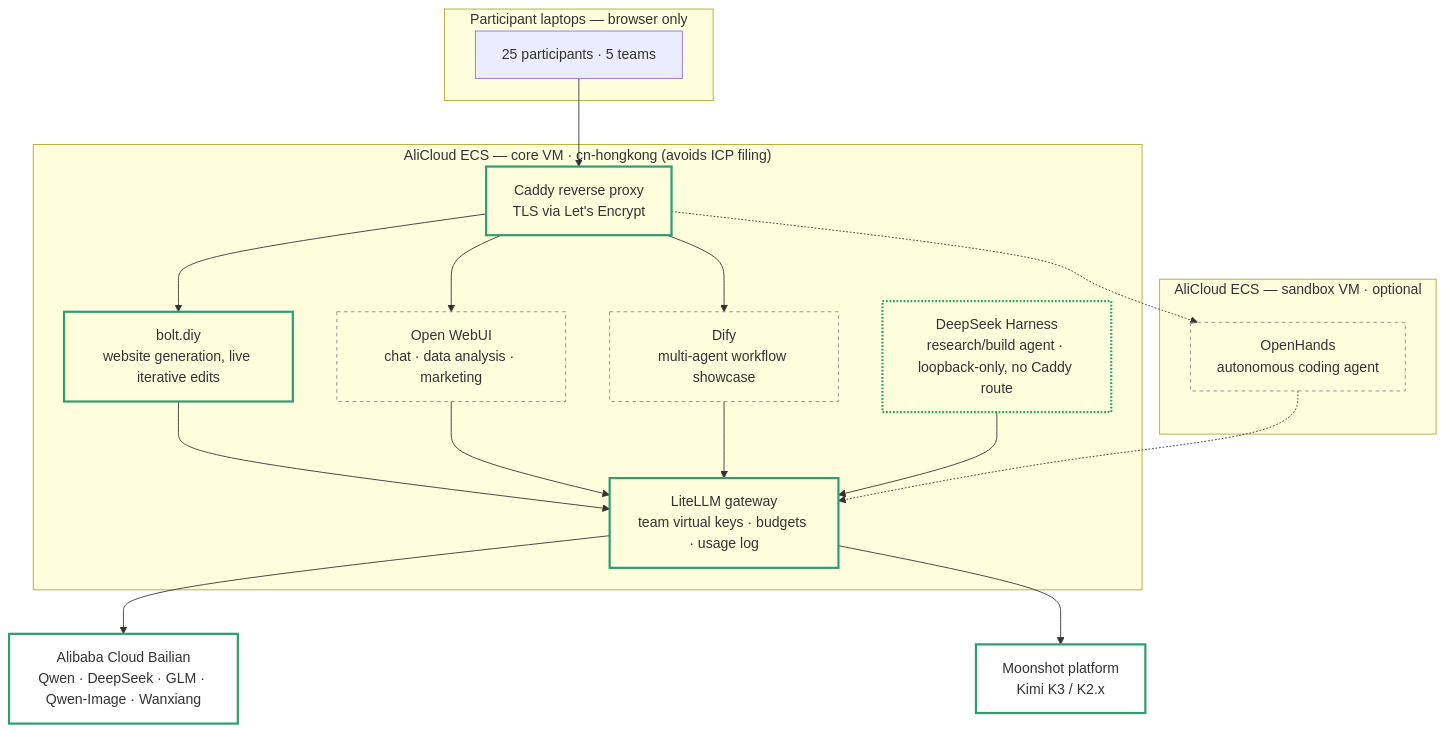
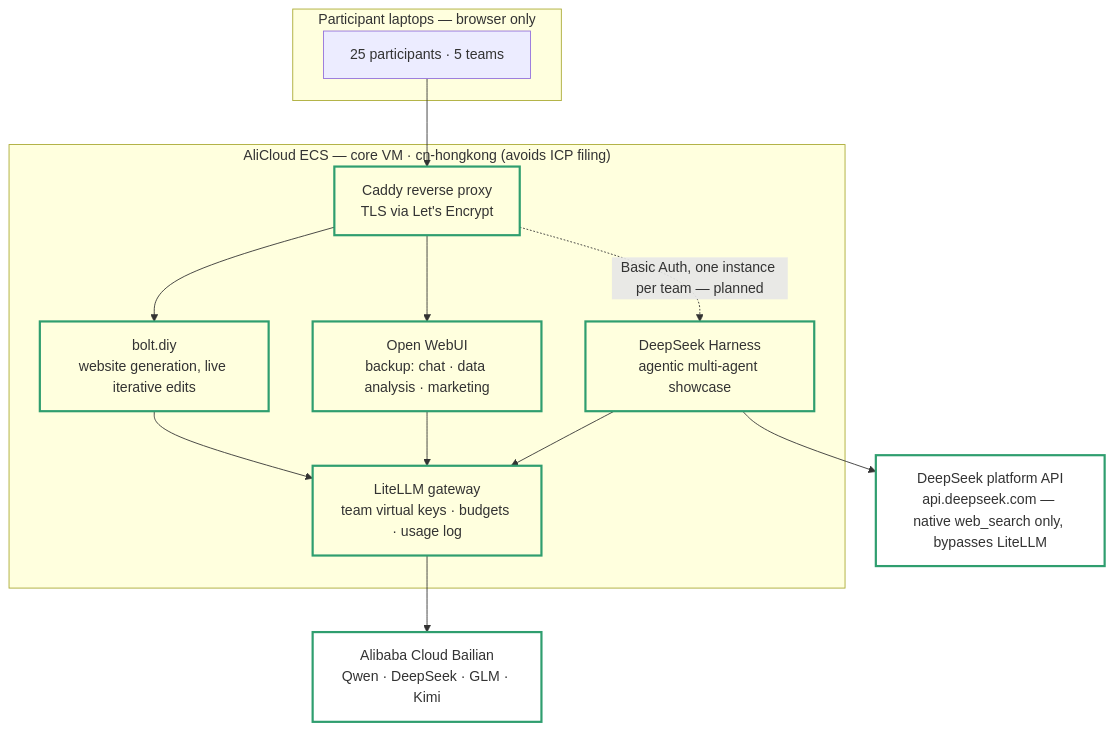
One commit to gsbn-trade/2026_09_hackathon_infra changed the first of 2 diagrams in ARCHITECTURE.md. Above: the diagram before and after it, drawn with Mermaid. The commit also changed other lines of this file and 5 other files, not shown here.

First line of the commit message:
Architecture accuracy pass: tool roster, Moonshot removal, new model set

````diff
--- a/ARCHITECTURE.md
+++ b/ARCHITECTURE.md
@@ -23,35 +24,24 @@
 ```mermaid
 flowchart TB
     subgraph Participants["Participant laptops — browser only"]
         P["25 participants · 5 teams"]
     end
 
     P --> RP["Caddy reverse proxy\nTLS via Let's Encrypt"]
 
     subgraph CoreVM["AliCloud ECS — core VM · cn-hongkong (avoids ICP filing)"]
         RP --> BD["bolt.diy\nwebsite generation, live iterative edits"]
-        RP --> OW["Open WebUI\nchat · data analysis · marketing"]
-        RP --> DY["Dify\nmulti-agent workflow showcase"]
+        RP --> OW["Open WebUI\nbackup: chat · data analysis · marketing"]
+        RP -.->|Basic Auth, one instance per team — planned| DS["DeepSeek Harness\nagentic multi-agent showcase"]
         BD --> LL["LiteLLM gateway\nteam virtual keys · budgets · usage log"]
         OW --> LL
-        DY --> LL
-        DS["DeepSeek Harness\nresearch/build agent · loopback-only, no Caddy route"] --> LL
+        DS --> LL
     end
 
-    subgraph SandboxVM["AliCloud ECS — sandbox VM · optional"]
-        OH["OpenHands\nautonomous coding agent"]
-    end
-    RP -.-> OH
-    OH -.-> LL
-
-    LL --> BL["Alibaba Cloud Bailian\nQwen · DeepSeek · GLM · Qwen-Image · Wanxiang"]
-    LL --> MS["Moonshot platform\nKimi K3 / K2.x"]
+    LL --> BL["Alibaba Cloud Bailian\nQwen · DeepSeek · GLM · Kimi"]
+    DS --> DK["DeepSeek platform API\napi.deepseek.com — native web_search only, bypasses LiteLLM"]
 
     classDef built fill:none,stroke:#2f9e6f,stroke-width:2.5px;
-    classDef planned fill:none,stroke:#888888,stroke-width:1px,stroke-dasharray: 4 4;
-    classDef localonly fill:none,stroke:#2f9e6f,stroke-width:2.5px,stroke-dasharray: 2 2;
 
-    class RP,BD,LL,BL,MS built
-    class OW,DY,OH planned
-    class DS localonly
+    class RP,BD,LL,BL,OW,DS,DK built
 ```
````
